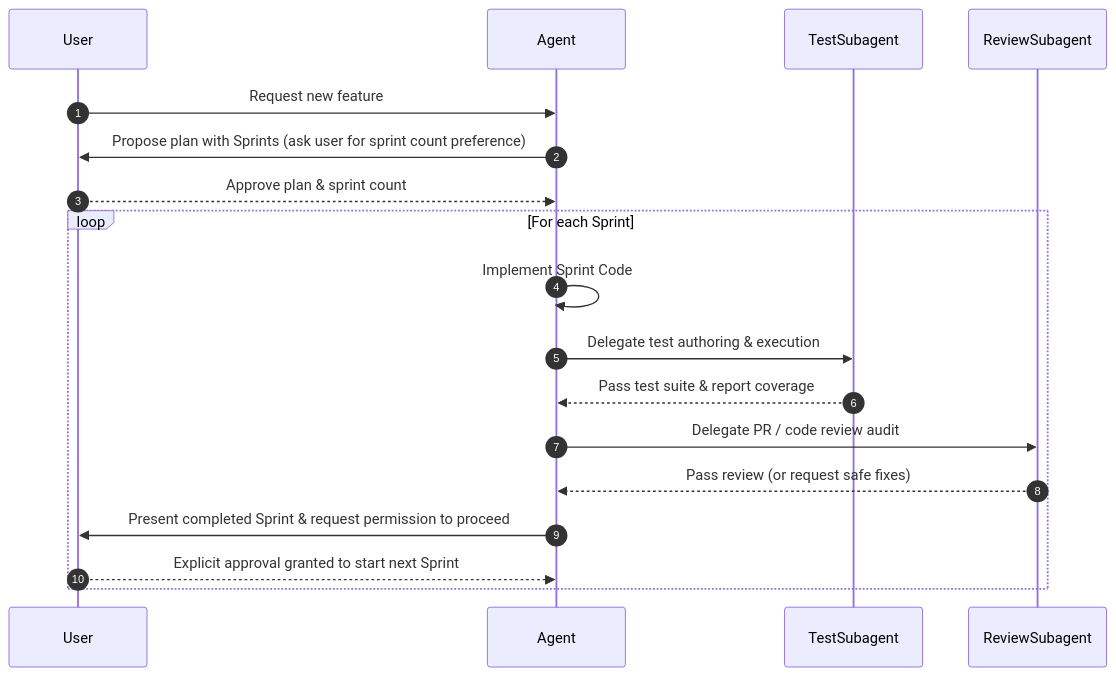
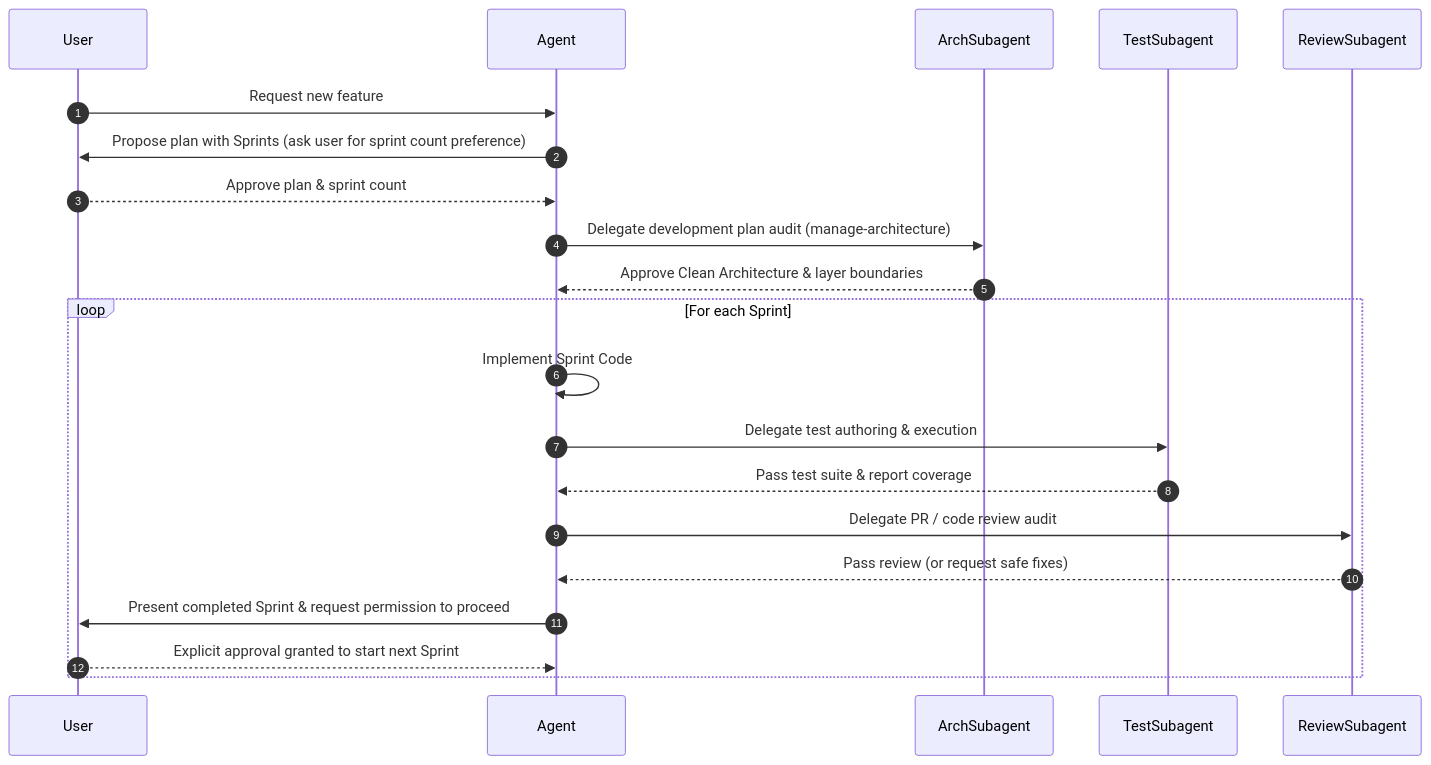
The diagram in docs/workflow.md (guyc2/ShoppingExplore), drawn with Mermaid before and after one commit. The commit also changed other lines of this file and 4 other files, not shown here.

Commit message:
feat: add manage-architecture skill and Architecture Manager Subagent to workflow and rules

````diff
--- a/docs/workflow.md
+++ b/docs/workflow.md
@@ -16,16 +17,18 @@
 ```mermaid
 sequenceDiagram
     autonumber
     User->>Agent: Request new feature
     Agent->>User: Propose plan with Sprints (ask user for sprint count preference)
     User-->>Agent: Approve plan & sprint count
+    Agent->>ArchSubagent: Delegate development plan audit (manage-architecture)
+    ArchSubagent-->>Agent: Approve Clean Architecture & layer boundaries
     loop For each Sprint
         Agent->>Agent: Implement Sprint Code
         Agent->>TestSubagent: Delegate test authoring & execution
         TestSubagent-->>Agent: Pass test suite & report coverage
         Agent->>ReviewSubagent: Delegate PR / code review audit
         ReviewSubagent-->>Agent: Pass review (or request safe fixes)
         Agent->>User: Present completed Sprint & request permission to proceed
         User-->>Agent: Explicit approval granted to start next Sprint
     end
 ```
````
